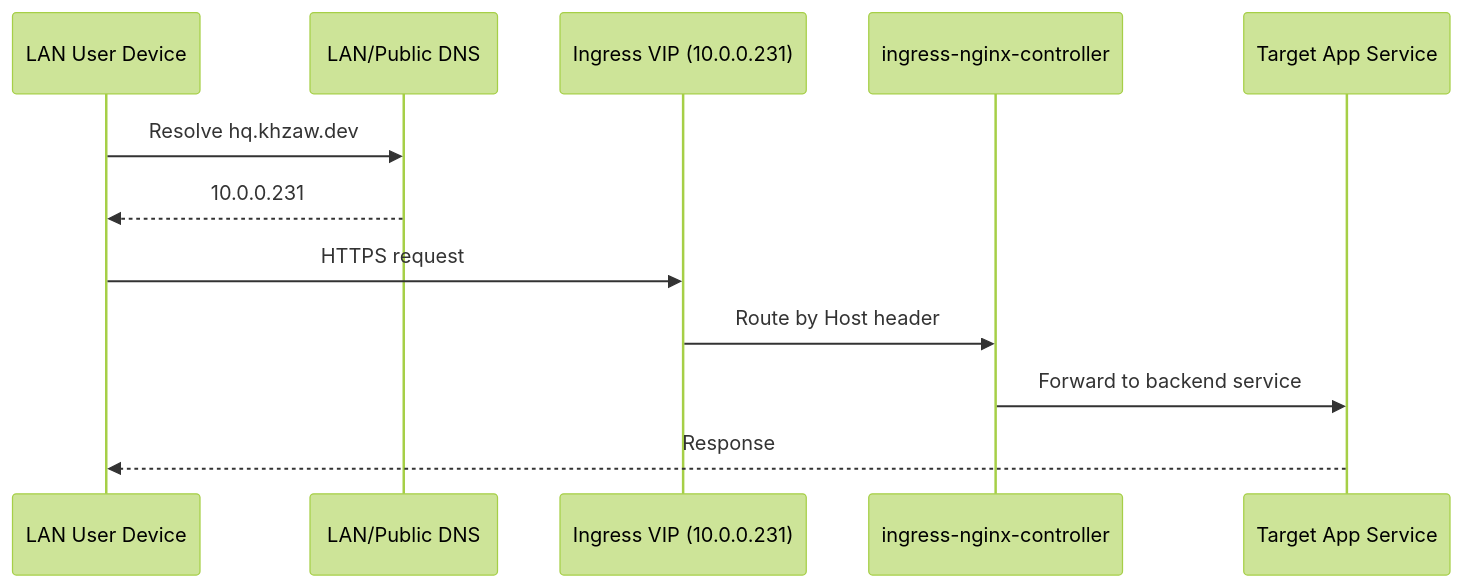
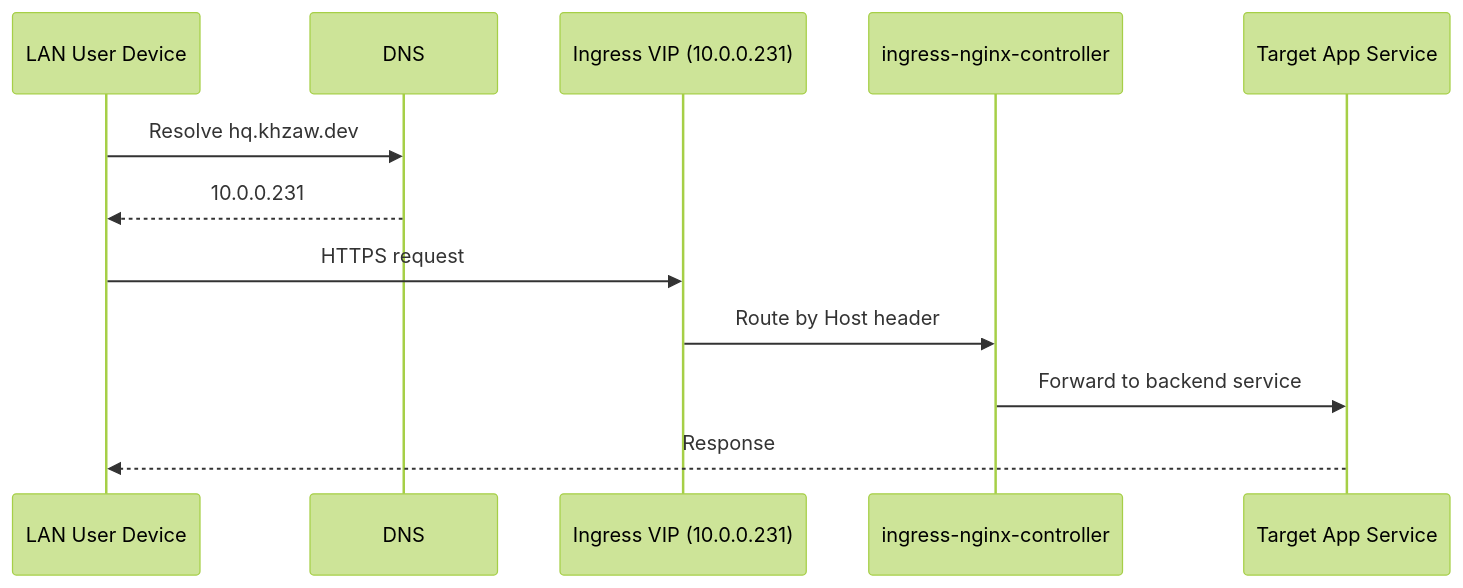
One commit to khzaw/rangoonpulse changed the first of 3 diagrams in docs/networking-current-state-and-simplification.md. Above: the diagram before and after it, drawn with Mermaid (forest theme). The commit also changed other lines of this file and 4 other files, not shown here.

````diff
--- a/docs/networking-current-state-and-simplification.md
+++ b/docs/networking-current-state-and-simplification.md
@@ -50,15 +53,15 @@
 ```mermaid
 sequenceDiagram
     participant U as LAN User Device
-    participant D as LAN/Public DNS
+    participant D as DNS
     participant I as Ingress VIP (10.0.0.231)
     participant N as ingress-nginx-controller
     participant A as Target App Service
 
     U->>D: Resolve hq.khzaw.dev
     D-->>U: 10.0.0.231
     U->>I: HTTPS request
     I->>N: Route by Host header
     N->>A: Forward to backend service
     A-->>U: Response
 ```
````
